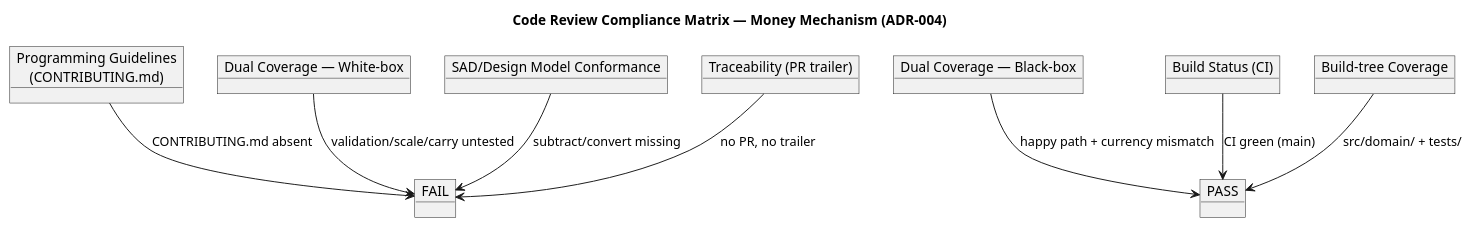
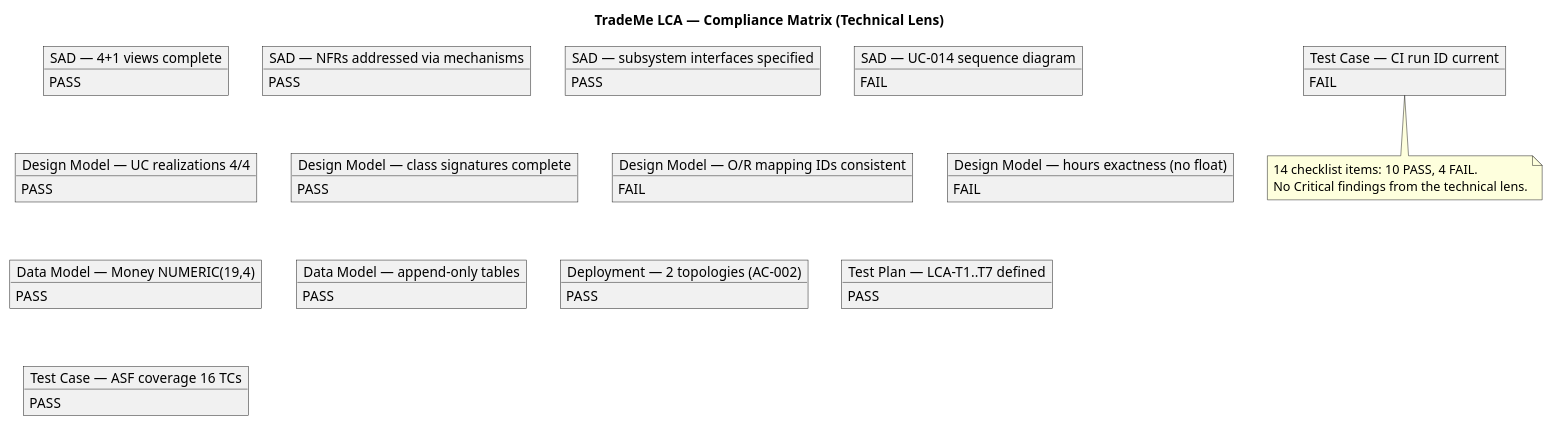
The first of 2 diagrams in docs/artifacts/project-management/review-record.md (banense-test/trademe), drawn with PlantUML before and after one commit. The commit also changed other lines of this file, not shown here.

First line of the commit message:
Reviewer [E1]: upsert Review Record

````diff
--- a/docs/artifacts/project-management/review-record.md
+++ b/docs/artifacts/project-management/review-record.md
@@ -28,25 +35,40 @@
 ```plantuml
 @startuml
-title Code Review Compliance Matrix — Money Mechanism (ADR-004)
+title TradeMe LCA — Compliance Matrix (Technical Lens)
 
-object "Programming Guidelines\n(CONTRIBUTING.md)" as C1
-object "Dual Coverage — Black-box" as C2
-object "Dual Coverage — White-box" as C3
-object "SAD/Design Model Conformance" as C4
-object "Traceability (PR trailer)" as C5
-object "Build Status (CI)" as C6
-object "Build-tree Coverage" as C7
+object "SAD — 4+1 views complete" as c1
+object "SAD — NFRs addressed via mechanisms" as c2
+object "SAD — subsystem interfaces specified" as c3
+object "SAD — UC-014 sequence diagram" as c4
+object "Design Model — UC realizations 4/4" as c5
+object "Design Model — class signatures complete" as c6
+object "Design Model — O/R mapping IDs consistent" as c7
+object "Design Model — hours exactness (no float)" as c8
+object "Data Model — Money NUMERIC(19,4)" as c9
+object "Data Model — append-only tables" as c10
+object "Deployment — 2 topologies (AC-002)" as c11
+object "Test Plan — LCA-T1..T7 defined" as c12
+object "Test Case — ASF coverage 16 TCs" as c13
+object "Test Case — CI run ID current" as c14
 
-object "PASS" as P
-object "FAIL" as F
+c1 : PASS
+c2 : PASS
+c3 : PASS
+c4 : FAIL
+c5 : PASS
+c6 : PASS
+c7 : FAIL
+c8 : FAIL
+c9 : PASS
+c10 : PASS
+c11 : PASS
+c12 : PASS
+c13 : PASS
+c14 : FAIL
 
-C1 --> F : CONTRIBUTING.md absent
-C2 --> P : happy path + currency mismatch
-C3 --> F : validation/scale/carry untested
-C4 --> F : subtract/convert missing
-C5 --> F : no PR, no trailer
-C6 --> P : CI green (main)
-C7 --> P : src/domain/ + tests/
-
+note bottom
+  14 checklist items: 10 PASS, 4 FAIL.
+  No Critical findings from the technical lens.
+end note
 @enduml
 ```
````
